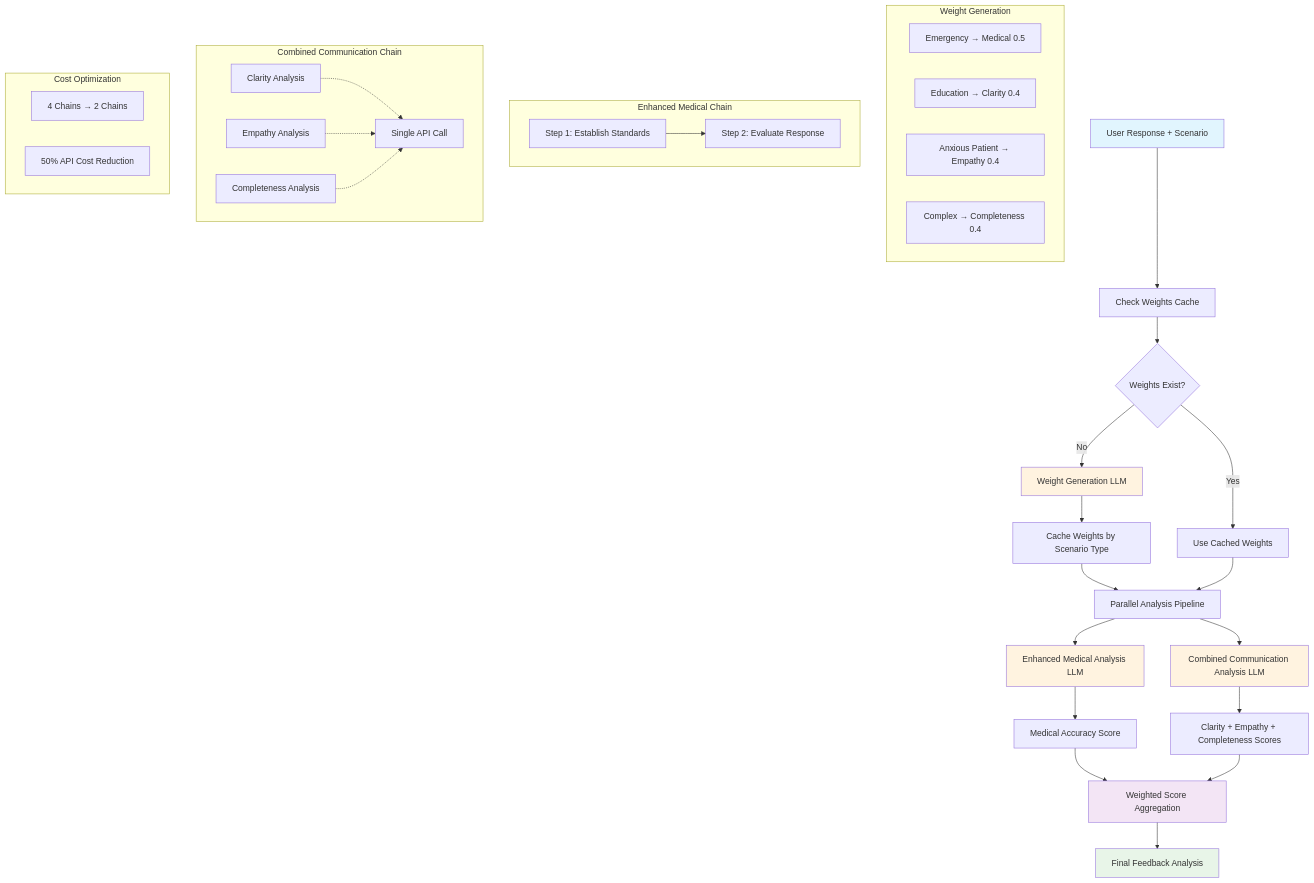
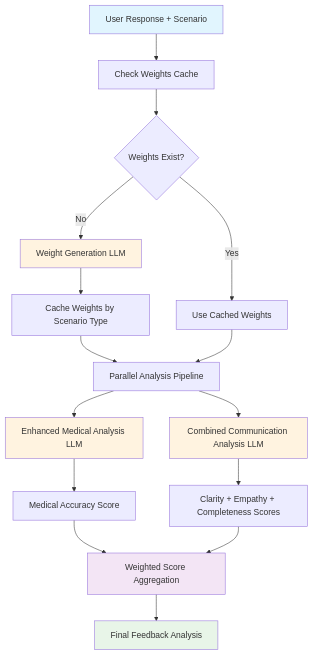
Before and after one commit to sarthakeash/healthcare-ai-assistant: the diagram in AI_PIPELINE.md, drawn with Mermaid. The commit also changed other lines of this file, not shown here.

Commit message:
fix in the diagram

````diff
--- a/AI_PIPELINE.md
+++ b/AI_PIPELINE.md
@@ -3,56 +1,29 @@
 ```mermaid
 graph TD
     A[User Response + Scenario] --> B[Check Weights Cache]
     B --> C{Weights Exist?}
     C -->|No| D[Weight Generation LLM]
     C -->|Yes| E[Use Cached Weights]
     
     D --> F[Cache Weights by Scenario Type]
     F --> G[Parallel Analysis Pipeline]
     E --> G
     
     G --> H[Enhanced Medical Analysis LLM]
     G --> I[Combined Communication Analysis LLM]
     
     H --> J[Medical Accuracy Score]
     I --> K[Clarity + Empathy + Completeness Scores]
     
     J --> L[Weighted Score Aggregation]
     K --> L
     
     L --> M[Final Feedback Analysis]
     
-    subgraph "Weight Generation"
-        N[Emergency → Medical 0.5]
-        O[Education → Clarity 0.4]
-        P[Anxious Patient → Empathy 0.4]
-        Q[Complex → Completeness 0.4]
-    end
-    
-    subgraph "Enhanced Medical Chain"
-        R[Step 1: Establish Standards]
-        S[Step 2: Evaluate Response]
-        R --> S
-    end
-    
-    subgraph "Combined Communication Chain"
-        T[Clarity Analysis]
-        U[Empathy Analysis]
-        V[Completeness Analysis]
-        T -.-> W[Single API Call]
-        U -.-> W
-        V -.-> W
-    end
-    
-    subgraph "Cost Optimization"
-        X[4 Chains → 2 Chains]
-        Y[50% API Cost Reduction]
-    end
-    
     style A fill:#e1f5fe
     style D fill:#fff3e0
     style H fill:#fff3e0
     style I fill:#fff3e0
     style L fill:#f3e5f5
     style M fill:#e8f5e8
 ```
````
